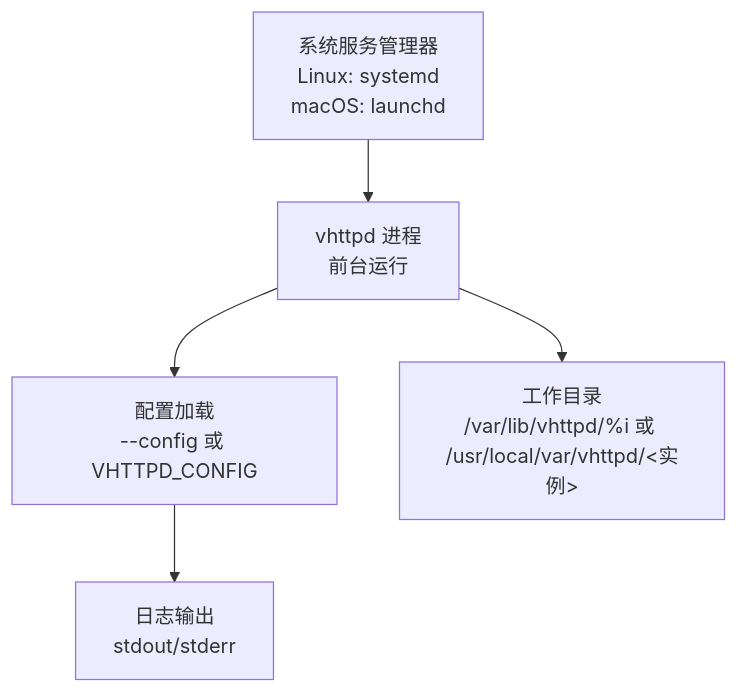
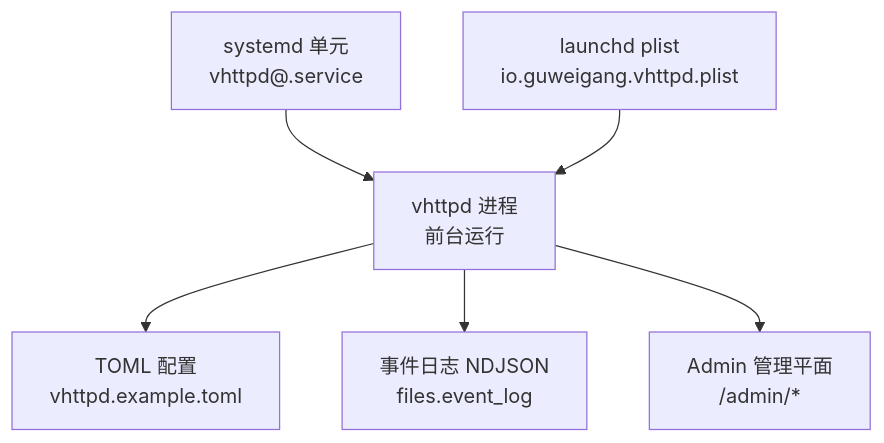
The first of 6 diagrams in .qoder/repowiki/zh/content/部署运维/服务管理.md (guweigang/vhttpd), drawn with Mermaid before and after one commit. The commit also changed other lines of this file and 697 other files, not shown here.

````diff
--- a/.qoder/repowiki/zh/content/部署运维/服务管理.md
+++ b/.qoder/repowiki/zh/content/部署运维/服务管理.md
@@ -35,7 +34,8 @@
 ```mermaid
 graph TB
-A["系统服务管理器<br/>Linux: systemd<br/>macOS: launchd"] --> B["vhttpd 进程<br/>前台运行"]
-B --> C["配置加载<br/>--config 或 VHTTPD_CONFIG"]
-C --> D["日志输出<br/>stdout/stderr"]
-B --> E["工作目录<br/>/var/lib/vhttpd/%i 或 /usr/local/var/vhttpd/<实例>"]
+A["systemd 单元<br/>vhttpd@.service"] --> B["vhttpd 进程<br/>前台运行"]
+C["launchd plist<br/>io.guweigang.vhttpd.plist"] --> B
+B --> D["TOML 配置<br/>vhttpd.example.toml"]
+B --> E["事件日志 NDJSON<br/>files.event_log"]
+B --> F["Admin 管理平面<br/>/admin/*"]
 ```
````
